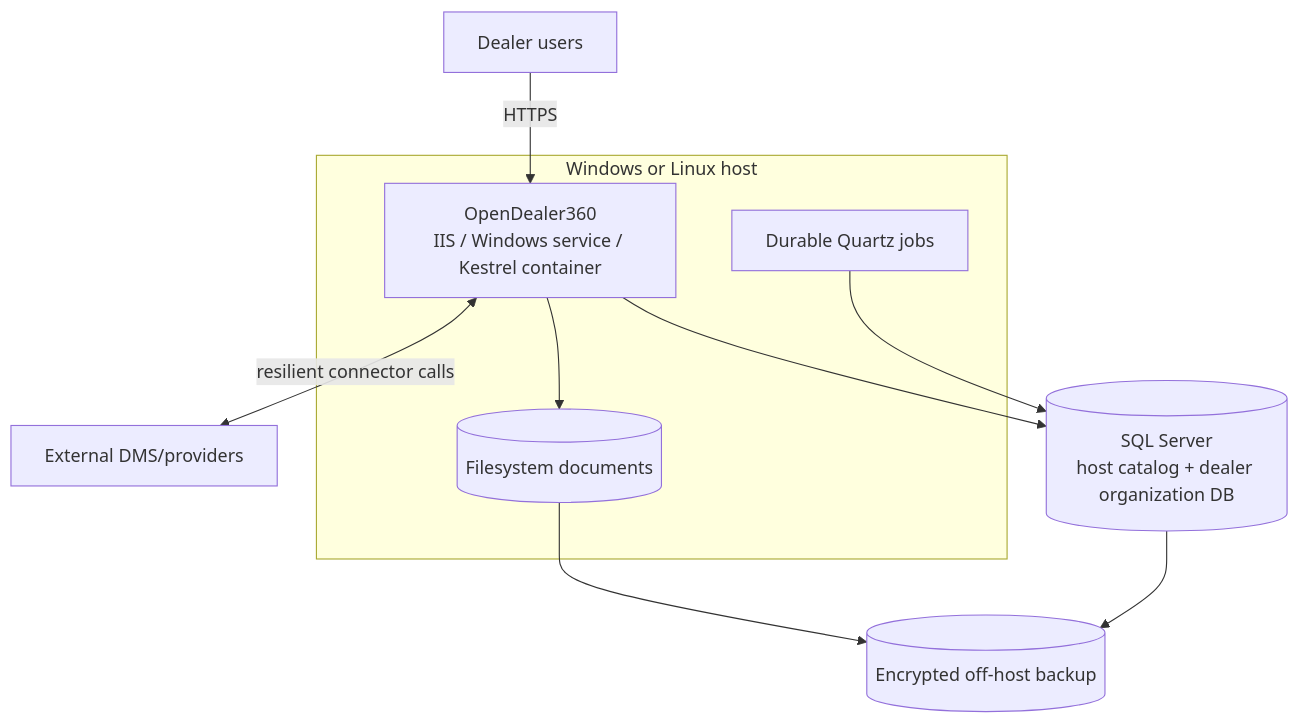
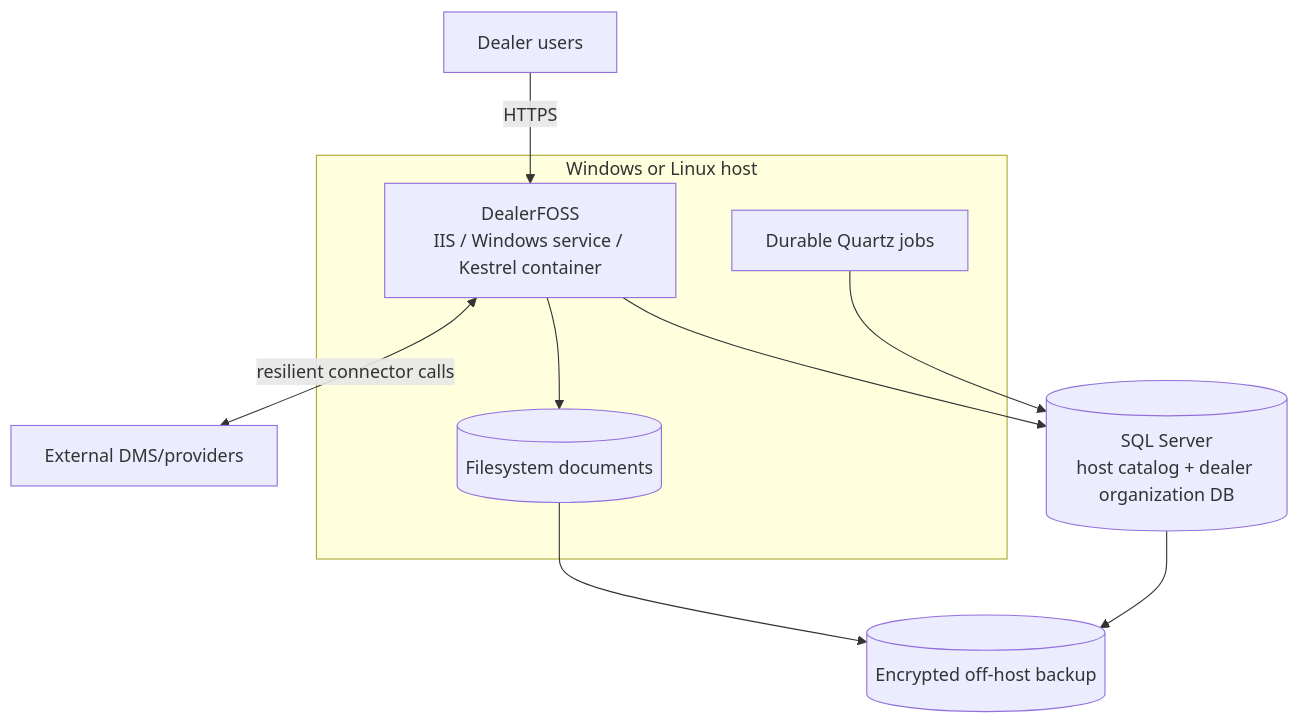
The first of 2 diagrams in docs/diagrams/07-deployment.md (PoulaAdel/DealerFOSS), drawn with Mermaid before and after one commit. The commit also changed 242 other files, not shown here.

Commit message:
feat: a dealership can take its records away, and the project is now DealerFOSS

````diff
--- a/docs/diagrams/07-deployment.md
+++ b/docs/diagrams/07-deployment.md
@@ -7,20 +7,20 @@
 ```mermaid
 flowchart TB
     Users["Dealer users"]
     subgraph Host["Windows or Linux host"]
-        App["OpenDealer360<br/>IIS / Windows service / Kestrel container"]
+        App["DealerFOSS<br/>IIS / Windows service / Kestrel container"]
         Jobs["Durable Quartz jobs"]
         Docs[("Filesystem documents")]
     end
     SQL[("SQL Server<br/>host catalog + dealer organization DB")]
     Backup[("Encrypted off-host backup")]
     Providers["External DMS/providers"]
 
     Users -->|HTTPS| App
     App --> SQL
     Jobs --> SQL
     App --> Docs
     App <-->|resilient connector calls| Providers
     SQL --> Backup
     Docs --> Backup
 ```
````
